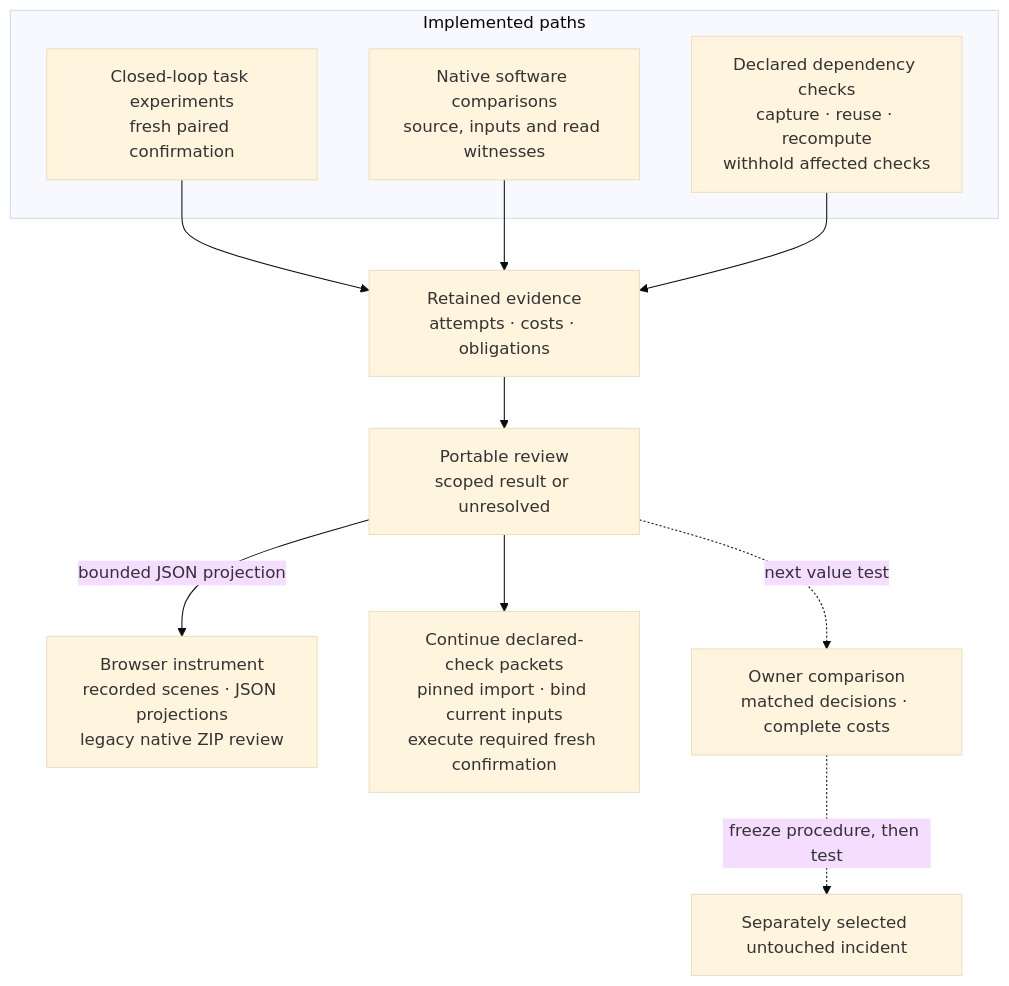
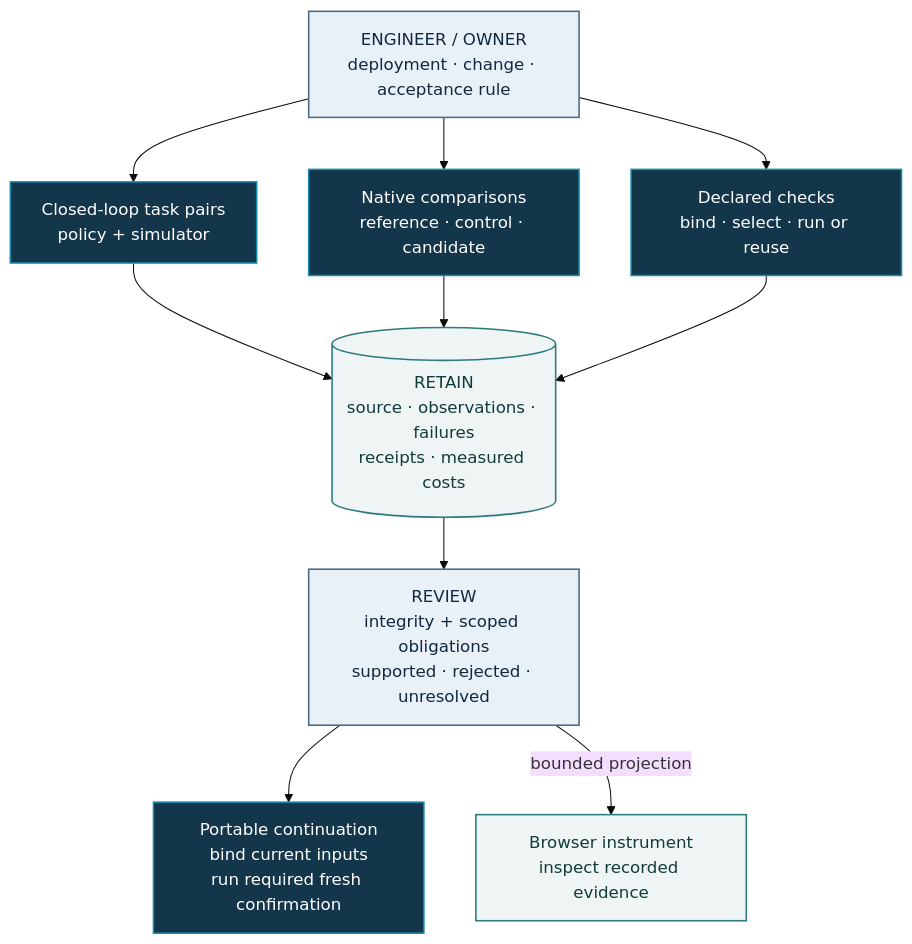
One commit to manfromnowhere143/nisayon changed the first of 4 diagrams in README.md. Above: the diagram before and after it, drawn with Mermaid (base theme). The commit also changed other lines of this file and 49 other files, not shown here.

Commit message:
Document change qualification, retained contributions and current evidence

````diff
--- a/README.md
+++ b/README.md
@@ -79,18 +70,21 @@
 ```mermaid
 flowchart TB
-    accTitle: Implemented qualification paths and the next value test
-    accDescr: Three bounded paths retain their own evidence: closed-loop task experiments, native software comparisons, and declared dependency checks. Records support scoped portable review and browser inspection. Declared-check packets can continue through pinned import, current input binding and required fresh confirmation. Owner savings and repeat use on an untouched incident remain to establish.
-    subgraph B["Implemented paths"]
-        L["Closed-loop task experiments<br/>fresh paired confirmation"]
-        N["Native software comparisons<br/>source, inputs and read witnesses"]
-        Q["Declared dependency checks<br/>capture · reuse · recompute<br/>withhold affected checks"]
-    end
-    L --> H["Retained evidence<br/>attempts · costs · obligations"]
-    N --> H
-    Q --> H
-    H --> R["Portable review<br/>scoped result or unresolved"]
-    R -- "bounded JSON projection" --> V["Browser instrument<br/>recorded scenes · JSON projections<br/>legacy native ZIP review"]
-    R --> I["Continue declared-check packets<br/>pinned import · bind current inputs<br/>execute required fresh confirmation"]
-    R -. "next value test" .-> O["Owner comparison<br/>matched decisions · complete costs"]
-    O -. "freeze procedure, then test" .-> T["Separately selected untouched incident"]
+    accTitle: Nisayon implementation, ownership and evidence boundaries
+    accDescr: An engineer owns the deployment, dependency declarations and acceptance rule. Explicit commands enter one of three implemented execution paths. Each retains its own records. Scoped readers inspect those records without executing owner code; the browser displays bounded projections. These paths do not form a general autonomous dispatcher, and none grants deployment acceptance by itself.
+    O["ENGINEER / OWNER<br/>deployment · change · acceptance rule"]:::contract
+    L["Closed-loop task pairs<br/>policy + simulator"]:::execution
+    N["Native comparisons<br/>reference · control · candidate"]:::execution
+    Q["Declared checks<br/>bind · select · run or reuse"]:::execution
+    O --> L
+    O --> N
+    O --> Q
+    L --> E[("RETAIN<br/>source · observations · failures<br/>receipts · measured costs")]:::record
+    N --> E
+    Q --> E
+    E --> R["REVIEW<br/>integrity + scoped obligations<br/>supported · rejected · unresolved"]:::contract
+    R --> P["Portable continuation<br/>bind current inputs<br/>run required fresh confirmation"]:::execution
+    R -- "bounded projection" --> U["Browser instrument<br/>inspect recorded evidence"]:::record
+    classDef contract fill:#e8f1f8,stroke:#496985,color:#13283b,stroke-width:1.5px
+    classDef execution fill:#14364b,stroke:#168aad,color:#ffffff,stroke-width:1.5px
+    classDef record fill:#eef5f4,stroke:#2c7a7b,color:#123b3c,stroke-width:1.5px
 ```
````
